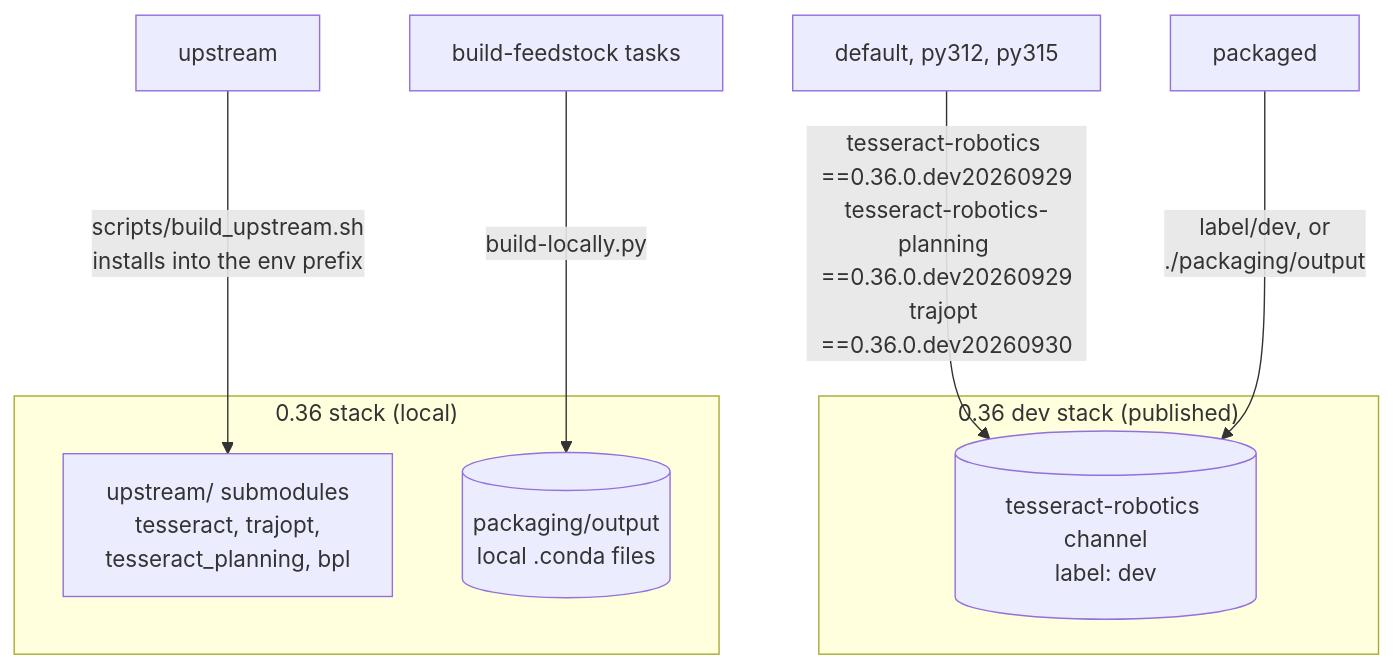
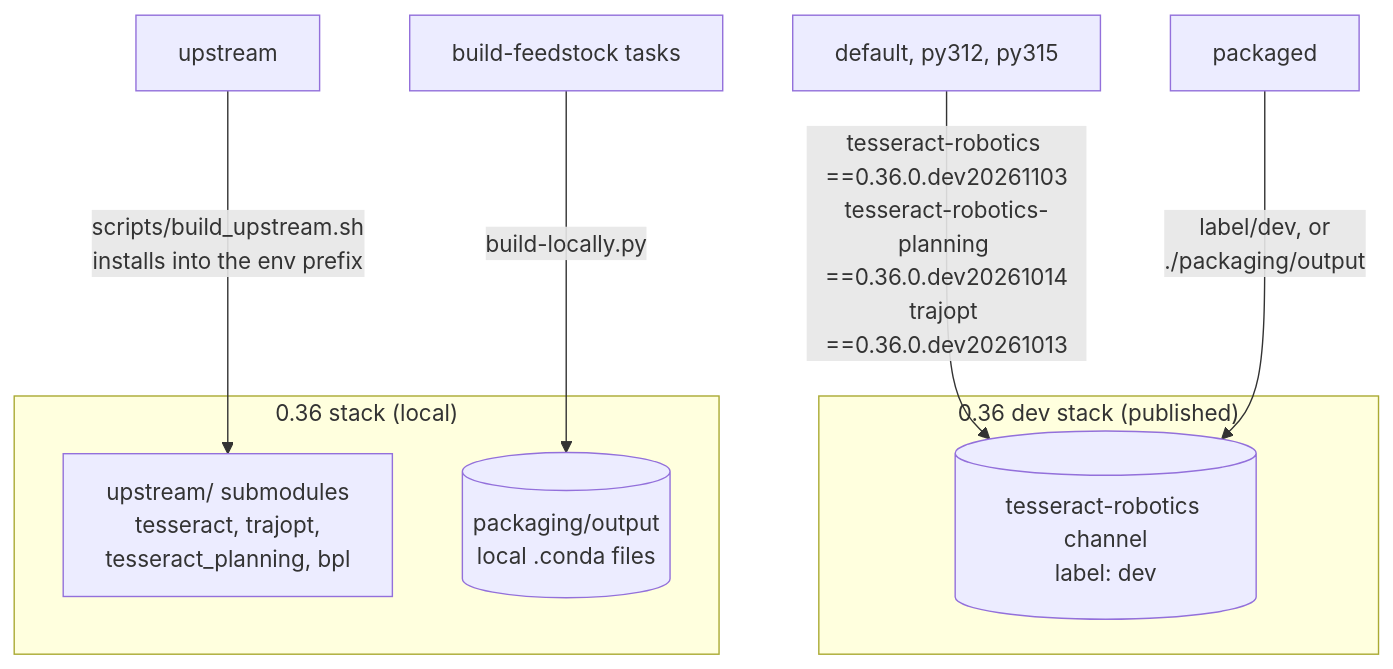
The second of 4 diagrams in docs/developer/binaries.md (tesseract-robotics/tesseract_nanobind), drawn with Mermaid before and after one commit. The commit also changed other lines of this file and 5 other files, not shown here.

````diff
--- a/docs/developer/binaries.md
+++ b/docs/developer/binaries.md
@@ -128,14 +128,14 @@
 ```mermaid
 flowchart TB
     subgraph published["0.36 dev stack (published)"]
         CH[(tesseract-robotics channel<br/>label: dev)]
     end
     subgraph src["0.36 stack (local)"]
         SM[upstream/ submodules<br/>tesseract, trajopt,<br/>tesseract_planning, bpl]
         OUT[(packaging/output<br/>local .conda files)]
     end
-    D[default, py312, py315] -->|tesseract-robotics ==0.36.0.dev20260929<br/>tesseract-robotics-planning ==0.36.0.dev20260929<br/>trajopt ==0.36.0.dev20260930| CH
+    D[default, py312, py315] -->|tesseract-robotics ==0.36.0.dev20261103<br/>tesseract-robotics-planning ==0.36.0.dev20261014<br/>trajopt ==0.36.0.dev20261013| CH
     U[upstream] -->|scripts/build_upstream.sh<br/>installs into the env prefix| SM
     FS[build-feedstock tasks] -->|build-locally.py| OUT
     PK[packaged] -->|label/dev, or<br/>./packaging/output| CH
 ```
````
